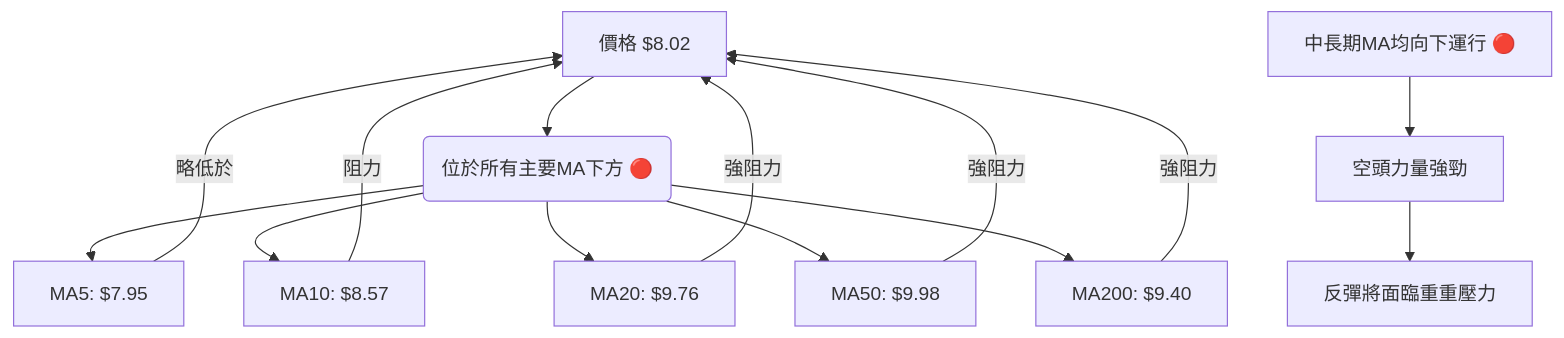
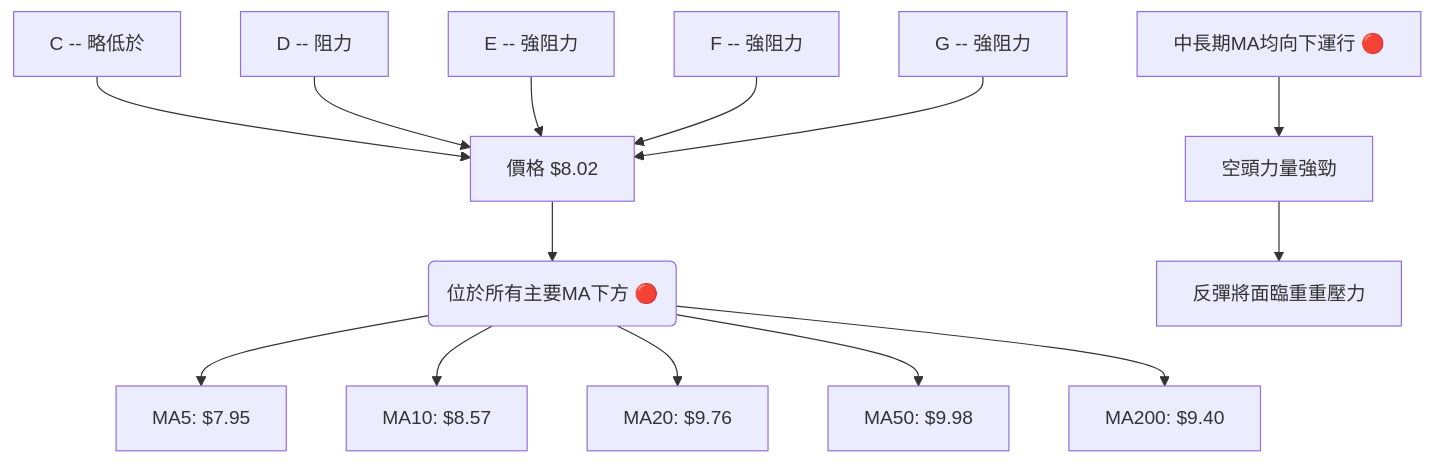
Before and after one commit to yennanliu/finance_data: the sixth of 10 diagrams in ai_gen_report/stock/onds/technical_analysis_2026-06-30_gemini.md, drawn with Mermaid. The commit also changed other lines of this file and 2258 other files, not shown here.

First line of the commit message:
chore: backfill Mermaid syntax repair across existing reports

````diff
--- a/ai_gen_report/stock/onds/technical_analysis_2026-06-30_gemini.md
+++ b/ai_gen_report/stock/onds/technical_analysis_2026-06-30_gemini.md
@@ -444,18 +444,18 @@
 ```mermaid
 graph TD
-    A[價格 $8.02] --> B(位於所有主要MA下方 🔴)
-    B --> C[MA5: $7.95]
-    B --> D[MA10: $8.57]
-    B --> E[MA20: $9.76]
-    B --> F[MA50: $9.98]
-    B --> G[MA200: $9.40]
+    A["價格 $8.02"] --> B("位於所有主要MA下方 🔴")
+    B --> C["MA5: $7.95"]
+    B --> D["MA10: $8.57"]
+    B --> E["MA20: $9.76"]
+    B --> F["MA50: $9.98"]
+    B --> G["MA200: $9.40"]
 
-    C -- 略低於 --> A
-    D -- 阻力 --> A
-    E -- 強阻力 --> A
-    F -- 強阻力 --> A
-    G -- 強阻力 --> A
+    nb1["C -- 略低於"] --> A
+    nb2["D -- 阻力"] --> A
+    nb3["E -- 強阻力"] --> A
+    nb4["F -- 強阻力"] --> A
+    nb5["G -- 強阻力"] --> A
 
-    H[中長期MA均向下運行 🔴] --> I[空頭力量強勁]
-    I --> J[反彈將面臨重重壓力]
+    H["中長期MA均向下運行 🔴"] --> I["空頭力量強勁"]
+    I --> J["反彈將面臨重重壓力"]
 ```
````
